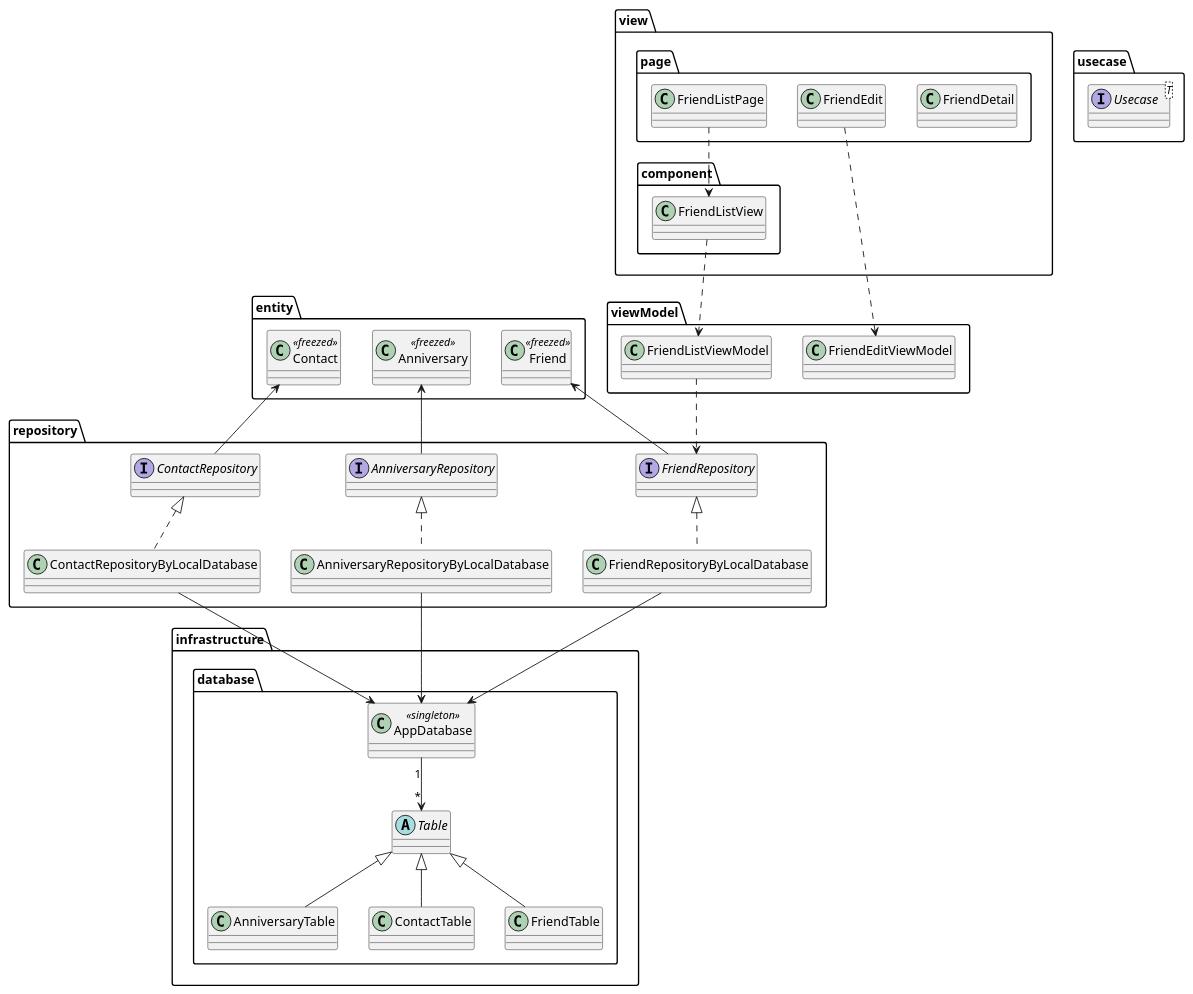
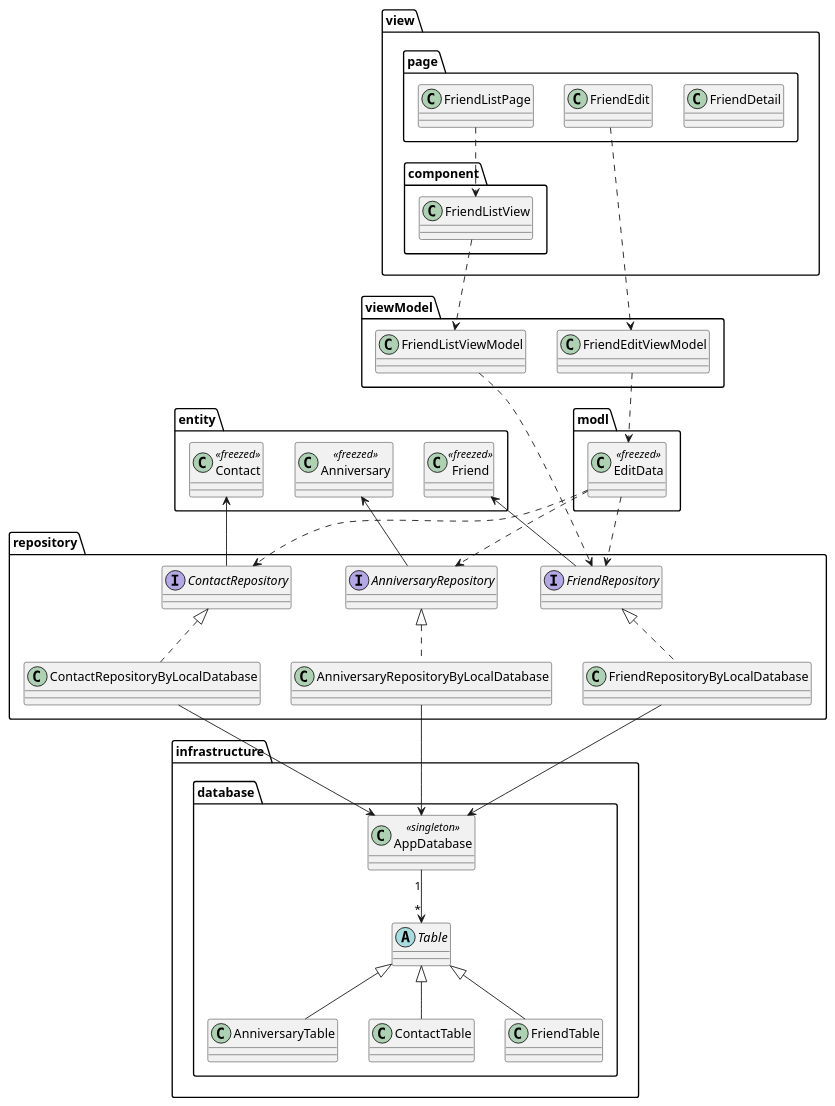
The diagram in uml/class_diagram.pu (nmskm240/friend_list), drawn with PlantUML before and after one commit. The commit also changed 4 other files, not shown here.

```diff
--- a/uml/class_diagram.pu
+++ b/uml/class_diagram.pu
@@ -1,74 +1,79 @@
 @startuml
 
 package view {
     package component {
         class FriendListView 
     }
 
     package page {
         class FriendDetail
         class FriendEdit
         class FriendListPage
     }
 }
 
 package viewModel {
     class FriendListViewModel
     class FriendEditViewModel
 }
 
-package usecase {
-    interface Usecase<T>
+package modl {
+    class EditData<<freezed>>
 }
 
 
 package repository {
     interface AnniversaryRepository
     interface ContactRepository
     interface FriendRepository
     class AnniversaryRepositoryByLocalDatabase
     class ContactRepositoryByLocalDatabase
     class FriendRepositoryByLocalDatabase
 }
 
 package entity {
     class Anniversary<<freezed>>
     class Contact<<freezed>>
     class Friend<<freezed>>
 }
 
 package infrastructure {
     package database {
         class AnniversaryTable
         class AppDatabase<<singleton>>
         class ContactTable
         class FriendTable
         abstract Table
     }
 }
 
 FriendListView ..> FriendListViewModel
 
 FriendListPage ..> FriendListView
 FriendEdit ..> FriendEditViewModel
 
+FriendEditViewModel ..> EditData
+
+EditData ..> AnniversaryRepository
+EditData ..> ContactRepository
+EditData ..> FriendRepository
 FriendListViewModel ..> FriendRepository
+
+AnniversaryRepository <|.. AnniversaryRepositoryByLocalDatabase
+ContactRepository <|.. ContactRepositoryByLocalDatabase
+FriendRepository <|.. FriendRepositoryByLocalDatabase
 
 Anniversary <-- AnniversaryRepository
 Contact <-- ContactRepository
 Friend <-- FriendRepository
-
-AnniversaryRepository <|.. AnniversaryRepositoryByLocalDatabase
-ContactRepository <|.. ContactRepositoryByLocalDatabase
-FriendRepository <|.. FriendRepositoryByLocalDatabase
 
 AnniversaryRepositoryByLocalDatabase --> AppDatabase
 ContactRepositoryByLocalDatabase --> AppDatabase
 FriendRepositoryByLocalDatabase --> AppDatabase
 
 Table <|-- AnniversaryTable
 Table <|-- ContactTable
 Table <|-- FriendTable
 AppDatabase "1" --> "*" Table
 
 @enduml
```
